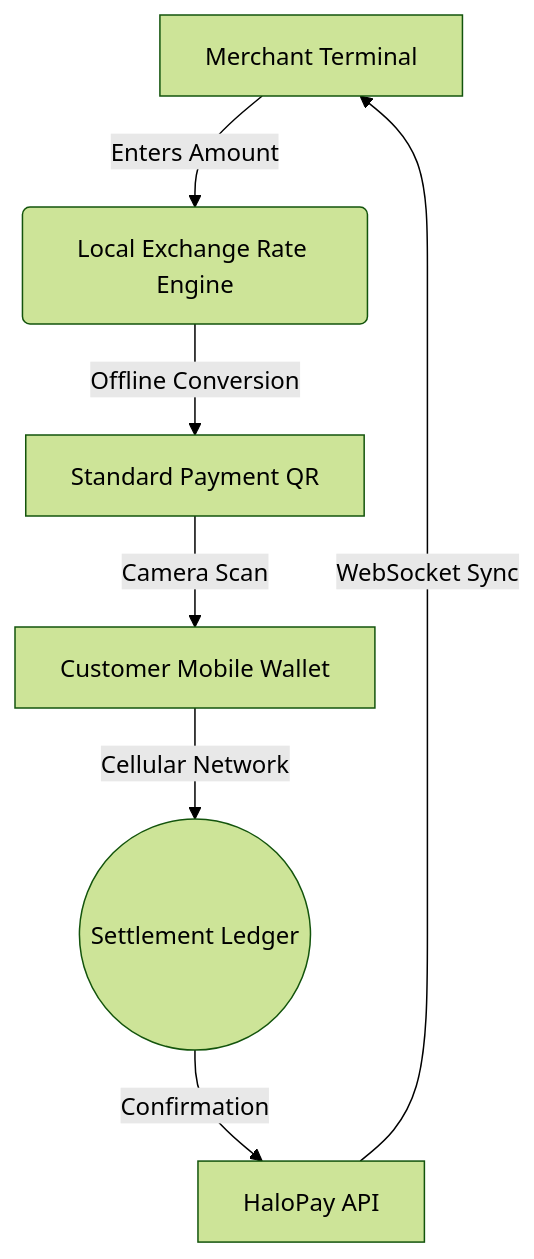
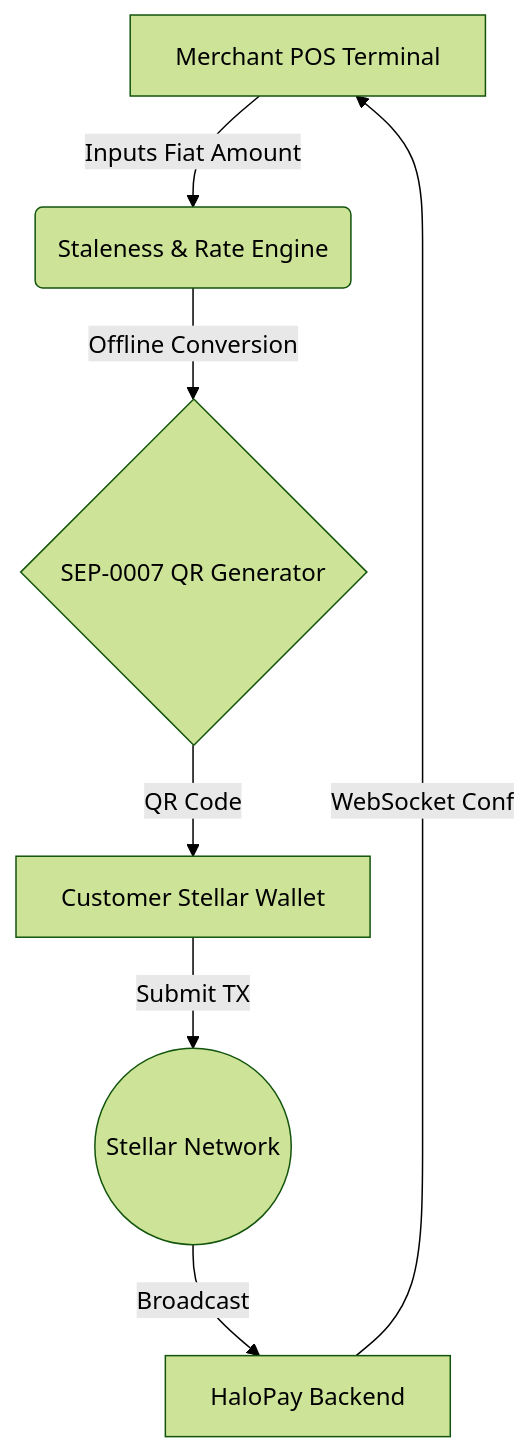
Before and after one commit to HaloPaye/halopay-pos: the diagram in README.md, drawn with Mermaid (forest theme). The commit also changed other lines of this file, not shown here.

First line of the commit message:
docs(readme): restore comprehensive architecture details and position stellar integration lower in doc (#141)

````diff
--- a/README.md
+++ b/README.md
@@ -22,9 +39,9 @@
 ```mermaid
 graph TD
-    A[Merchant Terminal] -->|Enters Amount| B(Local Exchange Rate Engine)
-    B -->|Offline Conversion| C[Standard Payment QR]
-    C -->|Camera Scan| D[Customer Mobile Wallet]
-    D -->|Cellular Network| E((Settlement Ledger))
-    E -->|Confirmation| F[HaloPay API]
-    F -->|WebSocket Sync| A
+    A[Merchant POS Terminal] -->|Inputs Fiat Amount| B(Staleness & Rate Engine)
+    B -->|Offline Conversion| C{SEP-0007 QR Generator}
+    C -->|QR Code| D[Customer Stellar Wallet]
+    D -->|Submit TX| E((Stellar Network))
+    E -->|Broadcast| F[HaloPay Backend]
+    F -->|WebSocket Conf| A
 ```
````
